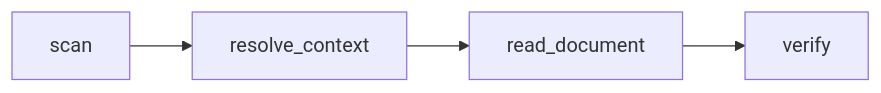
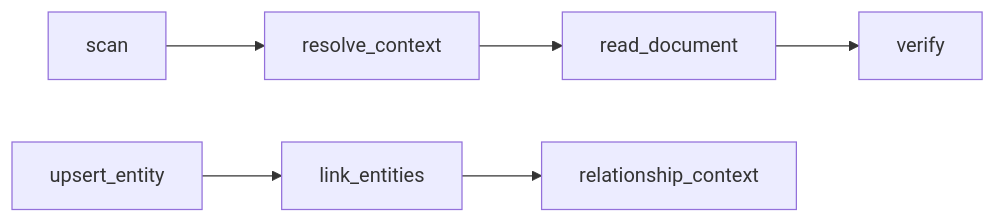
Before and after one commit to Maykbiletti/AgentSpine: the second of 2 diagrams in README.md, drawn with Mermaid. The commit also changed other lines of this file and 28 other files, not shown here.

````diff
--- a/README.md
+++ b/README.md
@@ -131,6 +138,8 @@
 ```mermaid
 flowchart LR
     S["scan"] --> R["resolve_context"]
     R --> Q["read_document"]
     Q --> V["verify"]
+    E["upsert_entity"] --> L["link_entities"]
+    L --> C["relationship_context"]
 ```
````
